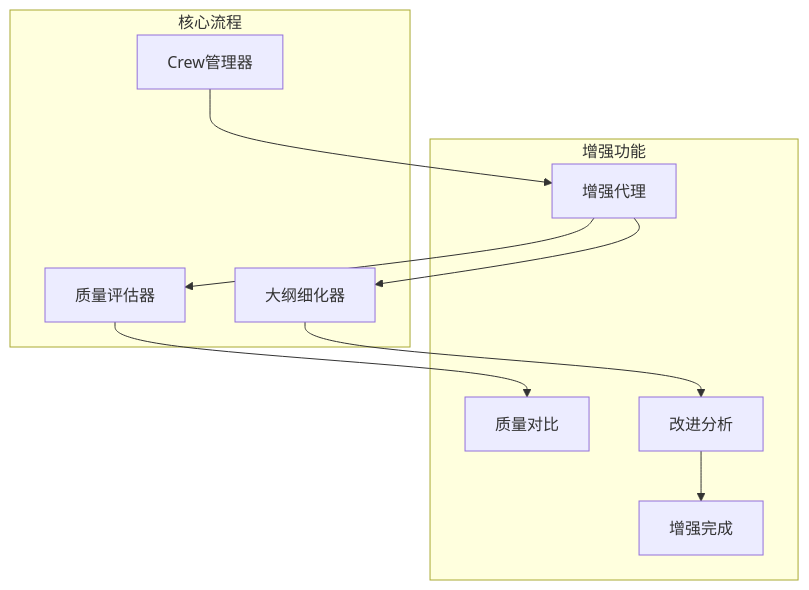
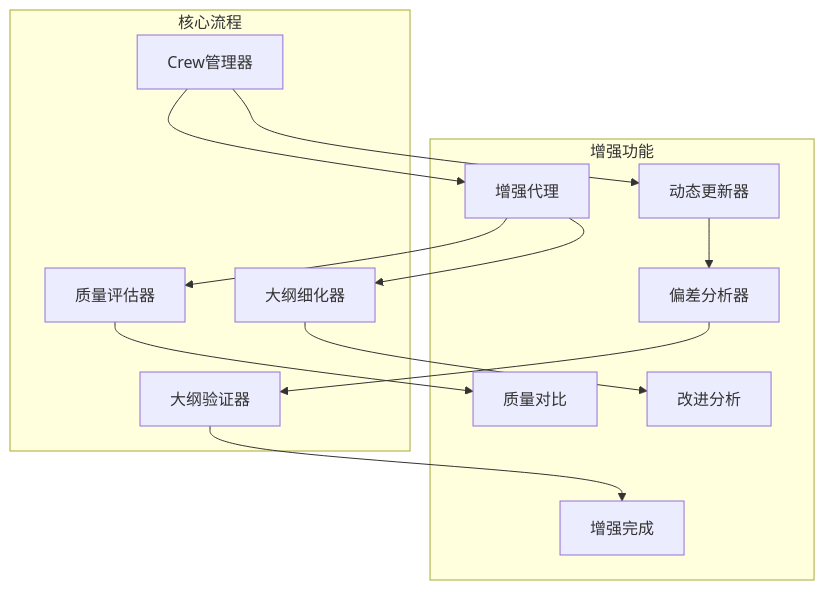
One commit to xfbyxq/ai-novel-system changed the tenth of 13 diagrams in .qoder/repowiki/zh/content/API接口文档/大纲管理API.md. Above: the diagram before and after it, drawn with Mermaid. The commit also changed other lines of this file and 43 other files, not shown here.

````diff
--- a/.qoder/repowiki/zh/content/API接口文档/大纲管理API.md
+++ b/.qoder/repowiki/zh/content/API接口文档/大纲管理API.md
@@ -320,20 +382,26 @@
 ```mermaid
 graph TB
 subgraph "增强功能"
 EnhancementAgent[增强代理]
 QualityComparison[质量对比]
 ImprovementAnalysis[改进分析]
+DynamicUpdater[动态更新器]
+DeviationAnalyzer[偏差分析器]
 End[增强完成]
 end
 subgraph "核心流程"
 CrewManager[Crew管理器]
 QualityEvaluator[质量评估器]
 OutlineRefiner[大纲细化器]
+OutlineValidator[大纲验证器]
 end
 CrewManager --> EnhancementAgent
 EnhancementAgent --> QualityEvaluator
 EnhancementAgent --> OutlineRefiner
 QualityEvaluator --> QualityComparison
 OutlineRefiner --> ImprovementAnalysis
-ImprovementAnalysis --> End
+CrewManager --> DynamicUpdater
+DynamicUpdater --> DeviationAnalyzer
+DeviationAnalyzer --> OutlineValidator
+OutlineValidator --> End
 ```
````
